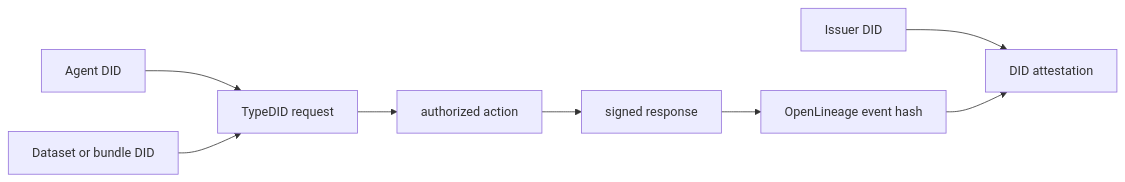
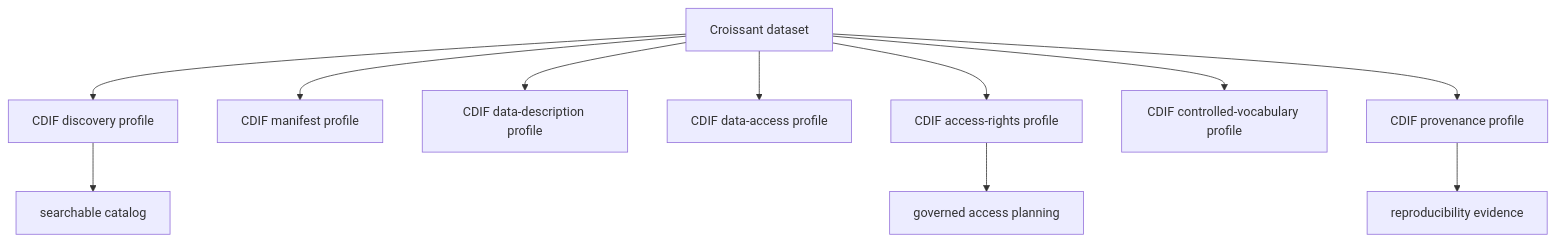
Before and after one commit to querygraph/qg-rust: the diagram in docs/blog/assets/querygraph/diagrams/diagram-06.mmd, drawn with Mermaid. The commit also changed 71 other files, not shown here.

```diff
--- a/docs/blog/assets/querygraph/diagrams/diagram-06.mmd
+++ b/docs/blog/assets/querygraph/diagrams/diagram-06.mmd
@@ -1,8 +1,11 @@
-flowchart LR
-    Agent["Agent DID"] --> Request["TypeDID request"]
-    Dataset["Dataset or bundle DID"] --> Request
-    Issuer["Issuer DID"] --> Attestation["DID attestation"]
-    Request --> Action["authorized action"]
-    Action --> Response["signed response"]
-    Response --> Event["OpenLineage event hash"]
-    Event --> Attestation
+flowchart TD
+    Croissant["Croissant dataset"] --> Discovery["CDIF discovery profile"]
+    Croissant --> Manifest["CDIF manifest profile"]
+    Croissant --> Description["CDIF data-description profile"]
+    Croissant --> Access["CDIF data-access profile"]
+    Croissant --> Rights["CDIF access-rights profile"]
+    Croissant --> Vocabulary["CDIF controlled-vocabulary profile"]
+    Croissant --> Provenance["CDIF provenance profile"]
+    Discovery --> Catalog["searchable catalog"]
+    Rights --> Policy["governed access planning"]
+    Provenance --> Audit["reproducibility evidence"]
```
